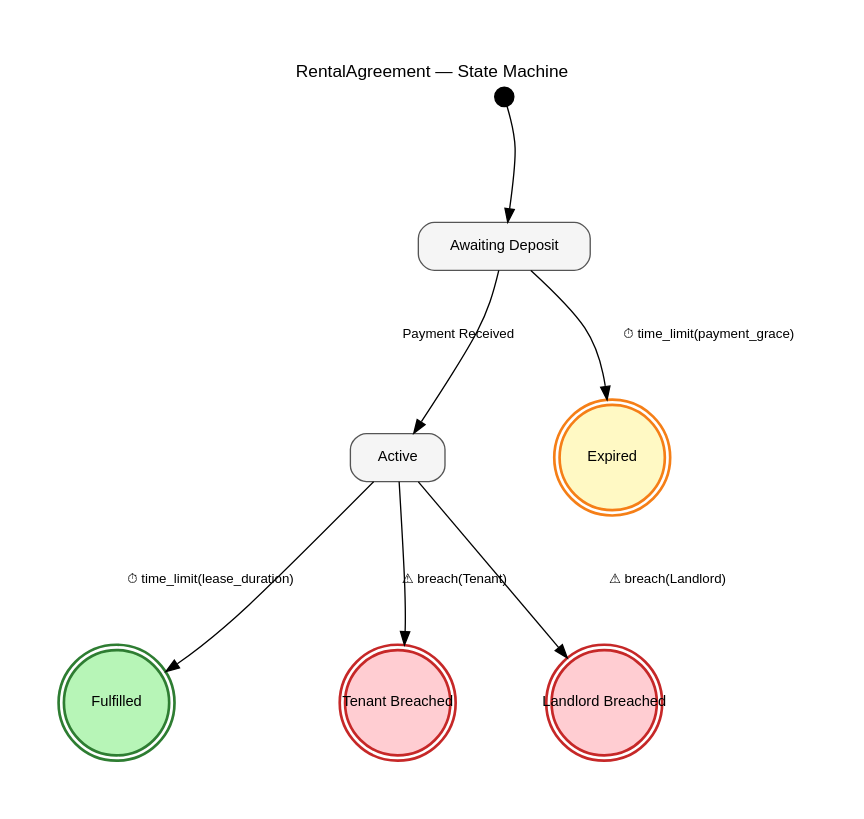
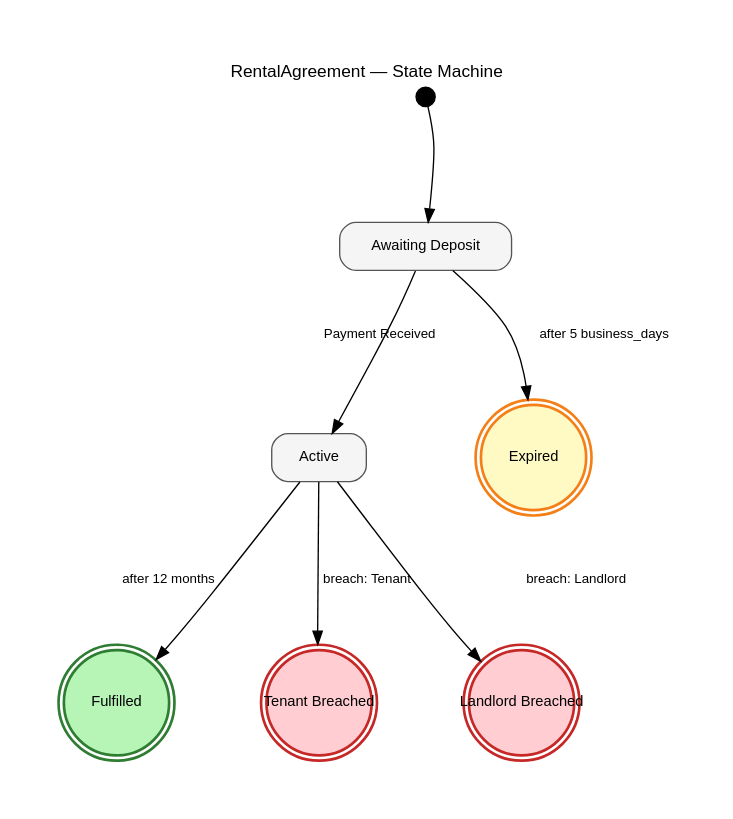
Before and after one commit to codeNinja62/LexScript: the diagram in examples/rental.dot, drawn with Graphviz.

Commit message:
Regenerate rental.dot with resolved time_limit labels

```diff
--- a/examples/rental.dot
+++ b/examples/rental.dot
@@ -1,29 +1,29 @@
 digraph RentalAgreement {
     rankdir=TB;
     splines=curved;
     concentrate=true;
     nodesep=0.9;
     ranksep=1.2;
     graph [fontname="Helvetica" fontsize=13 label="RentalAgreement — State Machine" labelloc=t labeljust=c pad=0.5];
     node  [fontname="Helvetica" fontsize=11 margin="0.25,0.15"];
     edge  [fontname="Helvetica" fontsize=10];
 
     // Entry point
     __start [label="" shape=point width=0.2];
     __start -> AwaitingDeposit;
 
     // States
     AwaitingDeposit [label="Awaiting Deposit" shape=box style="rounded,filled" fillcolor="#f5f5f5" color="#555555"];
     Active [label="Active" shape=box style="rounded,filled" fillcolor="#f5f5f5" color="#555555"];
     Fulfilled [label="Fulfilled" shape=doublecircle style=filled fillcolor="#b7f5b7" color="#2e7d32" penwidth=2 width=1.1 height=1.1 fixedsize=true];
     TenantBreached [label="Tenant Breached" shape=doublecircle style=filled fillcolor="#ffcdd2" color="#c62828" penwidth=2 width=1.1 height=1.1 fixedsize=true];
     LandlordBreached [label="Landlord Breached" shape=doublecircle style=filled fillcolor="#ffcdd2" color="#c62828" penwidth=2 width=1.1 height=1.1 fixedsize=true];
     Expired [label="Expired" shape=doublecircle style=filled fillcolor="#fff9c4" color="#f57f17" penwidth=2 width=1.1 height=1.1 fixedsize=true];
 
     // Transitions
-    AwaitingDeposit -> Active [label="Payment Received"];
-    AwaitingDeposit -> Expired [label="⏱ time_limit(payment_grace)"];
-    Active -> TenantBreached [label="⚠ breach(Tenant)"];
-    Active -> LandlordBreached [label="⚠ breach(Landlord)"];
-    Active -> Fulfilled [label="⏱ time_limit(lease_duration)"];
+    AwaitingDeposit -> Active [label="Payment Received"]
+    AwaitingDeposit -> Expired [label="after 5 business_days"]
+    Active -> TenantBreached [label="breach: Tenant"]
+    Active -> LandlordBreached [label="breach: Landlord"]
+    Active -> Fulfilled [label="after 12 months"]
 }
```
